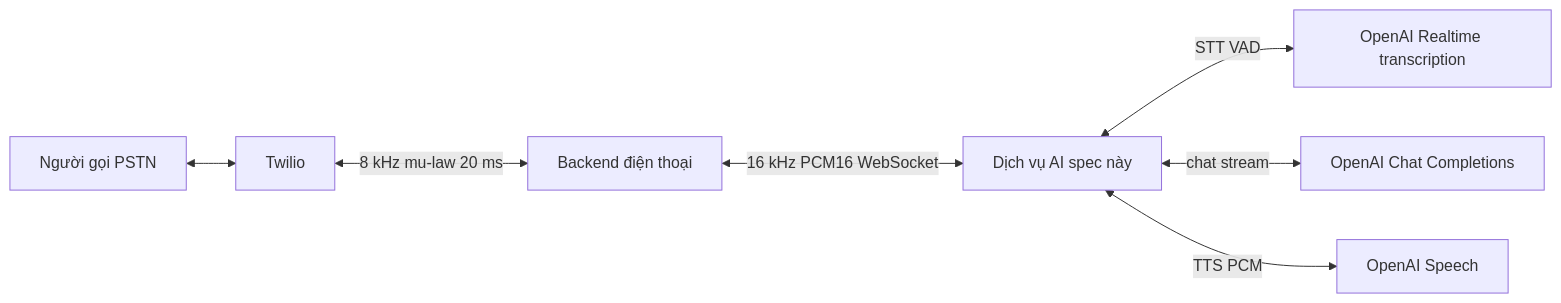
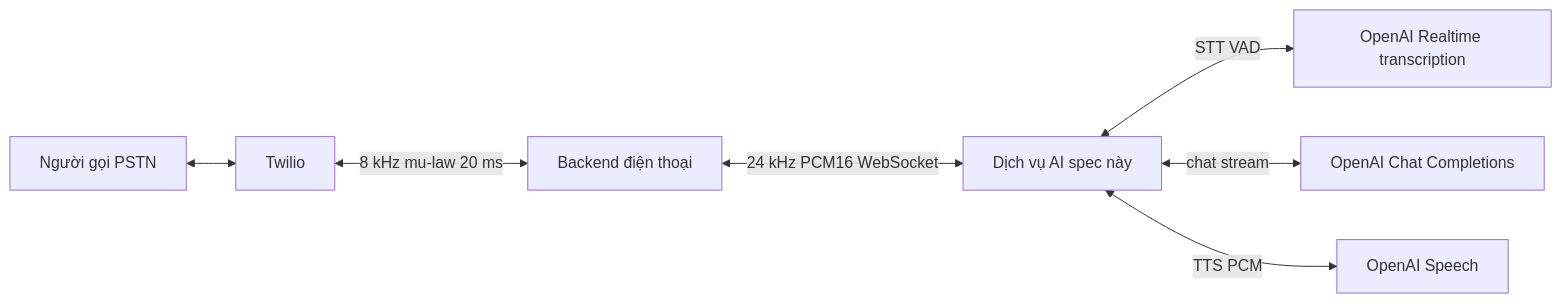
One commit to BopsAIle/phone_call_project changed the first of 2 diagrams in documents/ai-pipeline.md. Above: the diagram before and after it, drawn with Mermaid. The commit also changed other lines of this file and 52 other files, not shown here.

````diff
--- a/documents/ai-pipeline.md
+++ b/documents/ai-pipeline.md
@@ -23,9 +23,9 @@
 ```mermaid
 flowchart LR
     Caller["Người gọi PSTN"] <--> Twilio
     Twilio <-->|"8 kHz mu-law 20 ms"| BE["Backend điện thoại"]
-    BE <-->|"16 kHz PCM16 WebSocket"| AI["Dịch vụ AI spec này"]
+    BE <-->|"24 kHz PCM16 WebSocket"| AI["Dịch vụ AI spec này"]
     AI <-->|"STT VAD"| STT["OpenAI Realtime transcription"]
     AI <-->|"chat stream"| LLM["OpenAI Chat Completions"]
     AI <-->|"TTS PCM"| TTS["OpenAI Speech"]
 ```
````
